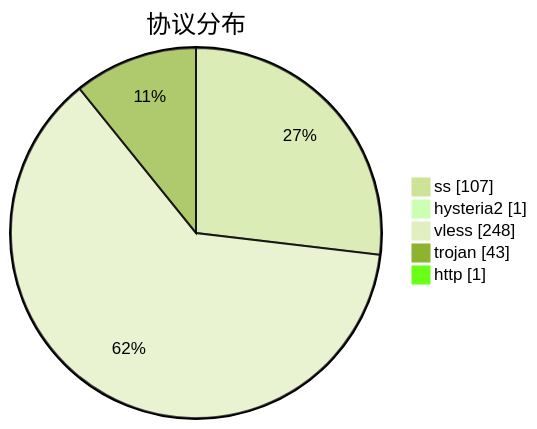
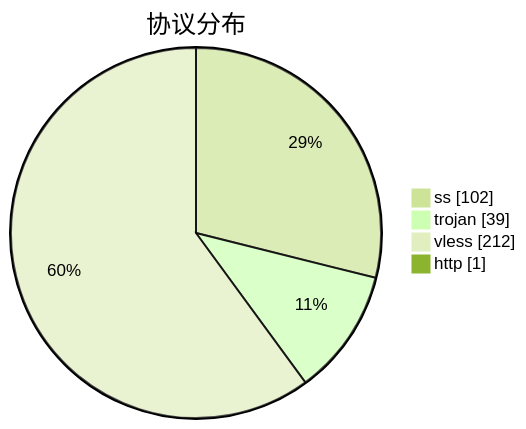
The third of 3 diagrams in subs/statistics/tested_within.md (qjlxg/airport), drawn with Mermaid (forest theme) before and after one commit. The commit also changed other lines of this file and 2 other files, not shown here.

````diff
--- a/subs/statistics/tested_within.md
+++ b/subs/statistics/tested_within.md
@@ -19,9 +19,8 @@
 ```mermaid
 pie showData
 title 协议分布
-"ss" : 107
-"hysteria2" : 1
-"vless" : 248
-"trojan" : 43
+"ss" : 102
+"trojan" : 39
+"vless" : 212
 "http" : 1
 ```
````
